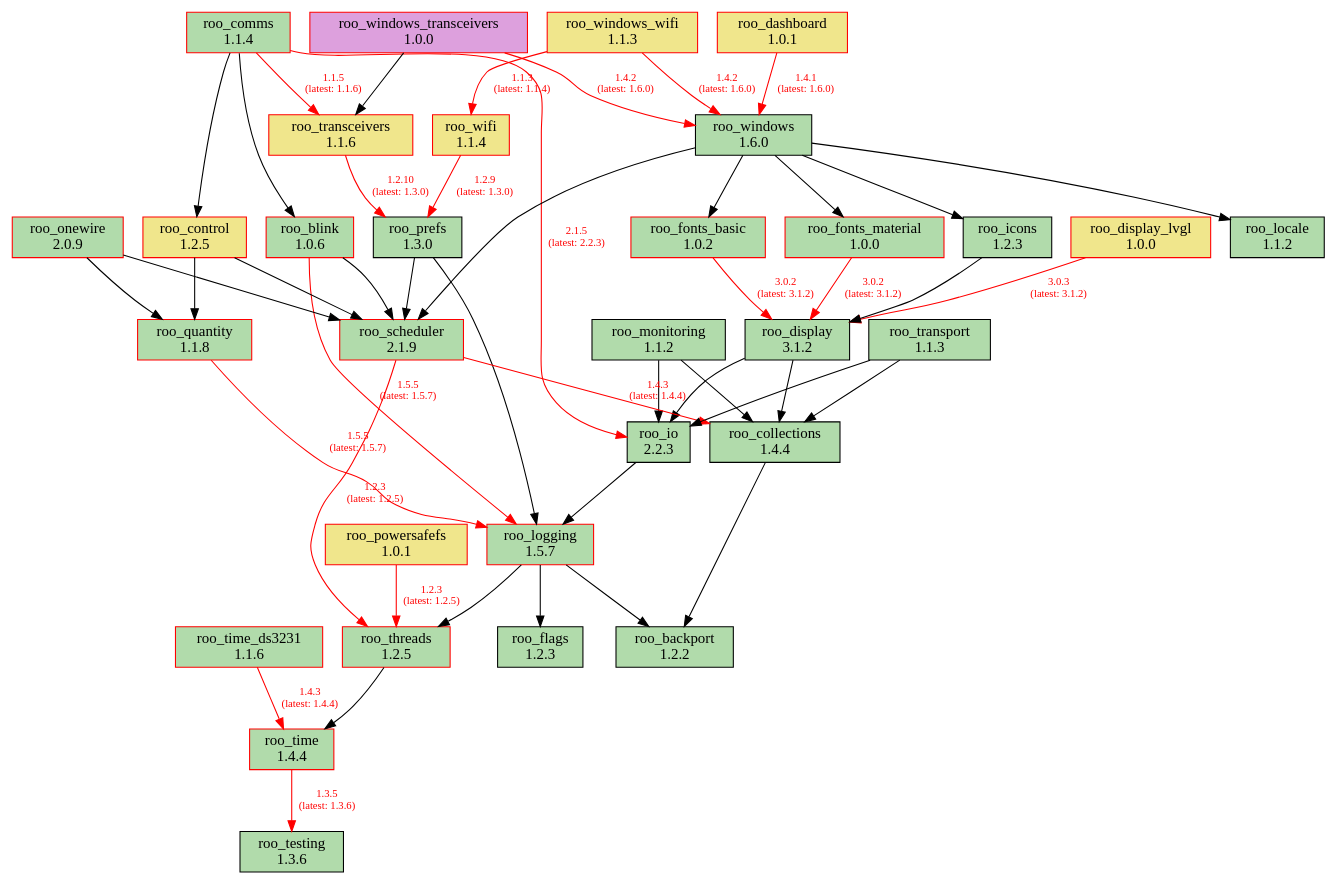
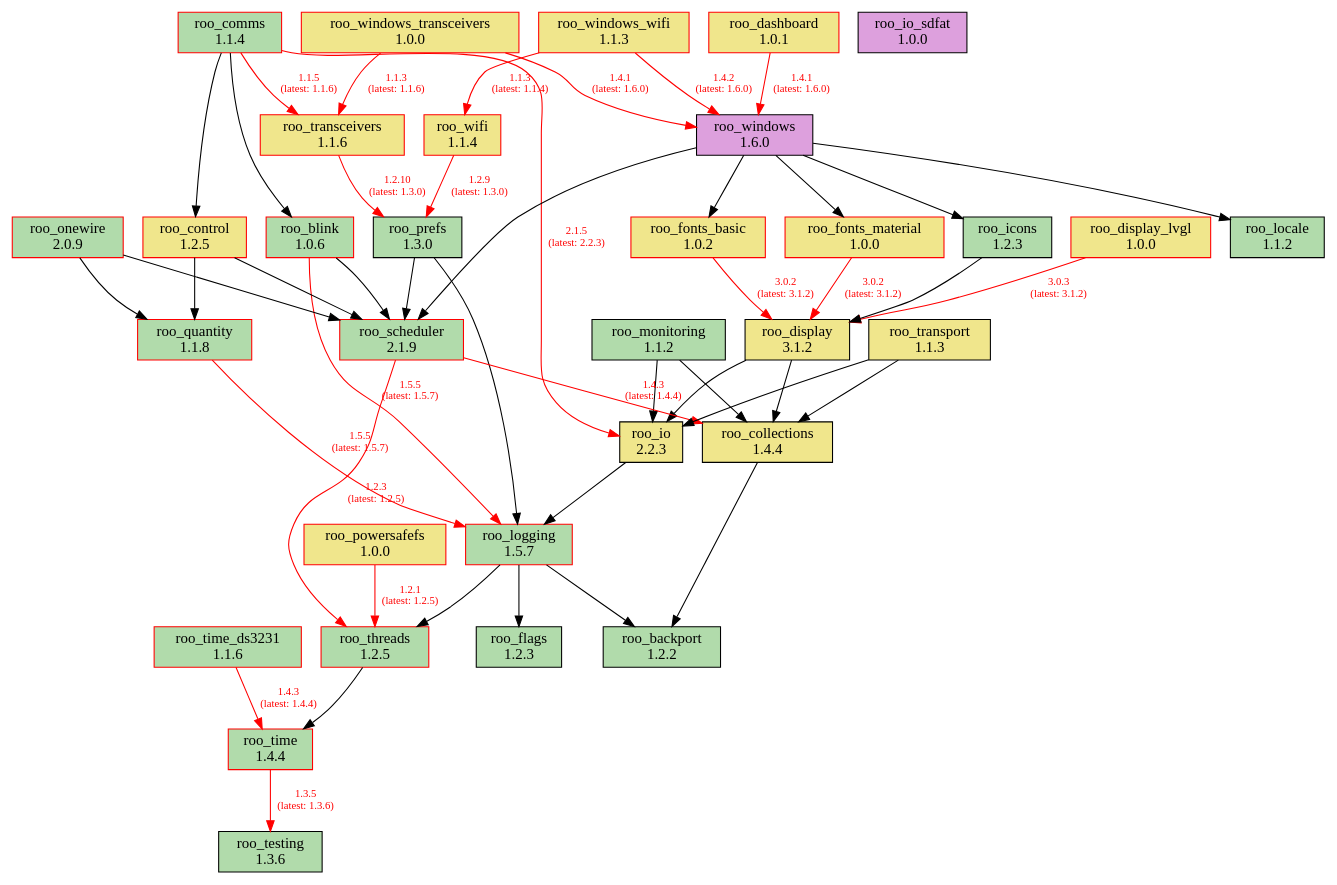
The diagram in doc/dependencies.dot (dejwk/roo-registry), drawn with Graphviz before and after one commit. The commit also changed 1 other file, not shown here.

Commit message:
Updated the dependency graph.

```diff
--- a/doc/dependencies.dot
+++ b/doc/dependencies.dot
@@ -1,86 +1,87 @@
 digraph dependencies {
     rankdir=TB;
     node [shape=box, style=filled];
     edge [fontsize=10];
 
     // Modules
     "roo_backport" [label="roo_backport\n1.2.2", fillcolor="#b1dbab", color="black"];
     "roo_blink" [label="roo_blink\n1.0.6", fillcolor="#b1dbab", color="red"];
-    "roo_collections" [label="roo_collections\n1.4.4", fillcolor="#b1dbab", color="black"];
+    "roo_collections" [label="roo_collections\n1.4.4", fillcolor="khaki", color="black"];
     "roo_comms" [label="roo_comms\n1.1.4", fillcolor="#b1dbab", color="red"];
     "roo_control" [label="roo_control\n1.2.5", fillcolor="khaki", color="red"];
     "roo_dashboard" [label="roo_dashboard\n1.0.1", fillcolor="khaki", color="red"];
-    "roo_display" [label="roo_display\n3.1.2", fillcolor="#b1dbab", color="black"];
+    "roo_display" [label="roo_display\n3.1.2", fillcolor="khaki", color="black"];
     "roo_display_lvgl" [label="roo_display_lvgl\n1.0.0", fillcolor="khaki", color="red"];
     "roo_flags" [label="roo_flags\n1.2.3", fillcolor="#b1dbab", color="black"];
-    "roo_fonts_basic" [label="roo_fonts_basic\n1.0.2", fillcolor="#b1dbab", color="red"];
-    "roo_fonts_material" [label="roo_fonts_material\n1.0.0", fillcolor="#b1dbab", color="red"];
+    "roo_fonts_basic" [label="roo_fonts_basic\n1.0.2", fillcolor="khaki", color="red"];
+    "roo_fonts_material" [label="roo_fonts_material\n1.0.0", fillcolor="khaki", color="red"];
     "roo_icons" [label="roo_icons\n1.2.3", fillcolor="#b1dbab", color="black"];
-    "roo_io" [label="roo_io\n2.2.3", fillcolor="#b1dbab", color="black"];
+    "roo_io" [label="roo_io\n2.2.3", fillcolor="khaki", color="black"];
+    "roo_io_sdfat" [label="roo_io_sdfat\n1.0.0", fillcolor="plum", color="black"];
     "roo_locale" [label="roo_locale\n1.1.2", fillcolor="#b1dbab", color="black"];
     "roo_logging" [label="roo_logging\n1.5.7", fillcolor="#b1dbab", color="red"];
     "roo_monitoring" [label="roo_monitoring\n1.1.2", fillcolor="#b1dbab", color="black"];
     "roo_onewire" [label="roo_onewire\n2.0.9", fillcolor="#b1dbab", color="red"];
-    "roo_powersafefs" [label="roo_powersafefs\n1.0.1", fillcolor="khaki", color="red"];
+    "roo_powersafefs" [label="roo_powersafefs\n1.0.0", fillcolor="khaki", color="red"];
     "roo_prefs" [label="roo_prefs\n1.3.0", fillcolor="#b1dbab", color="black"];
     "roo_quantity" [label="roo_quantity\n1.1.8", fillcolor="#b1dbab", color="red"];
     "roo_scheduler" [label="roo_scheduler\n2.1.9", fillcolor="#b1dbab", color="red"];
     "roo_testing" [label="roo_testing\n1.3.6", fillcolor="#b1dbab", color="black"];
     "roo_threads" [label="roo_threads\n1.2.5", fillcolor="#b1dbab", color="red"];
     "roo_time" [label="roo_time\n1.4.4", fillcolor="#b1dbab", color="red"];
     "roo_time_ds3231" [label="roo_time_ds3231\n1.1.6", fillcolor="#b1dbab", color="red"];
     "roo_transceivers" [label="roo_transceivers\n1.1.6", fillcolor="khaki", color="red"];
-    "roo_transport" [label="roo_transport\n1.1.3", fillcolor="#b1dbab", color="black"];
+    "roo_transport" [label="roo_transport\n1.1.3", fillcolor="khaki", color="black"];
     "roo_wifi" [label="roo_wifi\n1.1.4", fillcolor="khaki", color="red"];
-    "roo_windows" [label="roo_windows\n1.6.0", fillcolor="#b1dbab", color="black"];
-    "roo_windows_transceivers" [label="roo_windows_transceivers\n1.0.0", fillcolor="plum", color="red"];
+    "roo_windows" [label="roo_windows\n1.6.0", fillcolor="plum", color="black"];
+    "roo_windows_transceivers" [label="roo_windows_transceivers\n1.0.0", fillcolor="khaki", color="red"];
     "roo_windows_wifi" [label="roo_windows_wifi\n1.1.3", fillcolor="khaki", color="red"];
 
     // Dependencies
     "roo_blink" -> "roo_logging" [color=red, fontcolor=red, label="1.5.5\n(latest: 1.5.7)"];
     "roo_blink" -> "roo_scheduler";
     "roo_collections" -> "roo_backport";
     "roo_comms" -> "roo_blink";
     "roo_comms" -> "roo_control";
     "roo_comms" -> "roo_io" [color=red, fontcolor=red, label="2.1.5\n(latest: 2.2.3)"];
     "roo_comms" -> "roo_transceivers" [color=red, fontcolor=red, label="1.1.5\n(latest: 1.1.6)"];
     "roo_control" -> "roo_quantity";
     "roo_control" -> "roo_scheduler";
     "roo_dashboard" -> "roo_windows" [color=red, fontcolor=red, label="1.4.1\n(latest: 1.6.0)"];
     "roo_display" -> "roo_collections";
     "roo_display" -> "roo_io";
     "roo_display_lvgl" -> "roo_display" [color=red, fontcolor=red, label="3.0.3\n(latest: 3.1.2)"];
     "roo_fonts_basic" -> "roo_display" [color=red, fontcolor=red, label="3.0.2\n(latest: 3.1.2)"];
     "roo_fonts_material" -> "roo_display" [color=red, fontcolor=red, label="3.0.2\n(latest: 3.1.2)"];
     "roo_icons" -> "roo_display";
     "roo_io" -> "roo_logging";
     "roo_logging" -> "roo_backport";
     "roo_logging" -> "roo_flags";
     "roo_logging" -> "roo_threads";
     "roo_monitoring" -> "roo_collections";
     "roo_monitoring" -> "roo_io";
     "roo_onewire" -> "roo_scheduler";
     "roo_onewire" -> "roo_quantity";
-    "roo_powersafefs" -> "roo_threads" [color=red, fontcolor=red, label="1.2.3\n(latest: 1.2.5)"];
+    "roo_powersafefs" -> "roo_threads" [color=red, fontcolor=red, label="1.2.1\n(latest: 1.2.5)"];
     "roo_prefs" -> "roo_logging";
     "roo_prefs" -> "roo_scheduler";
     "roo_quantity" -> "roo_logging" [color=red, fontcolor=red, label="1.5.5\n(latest: 1.5.7)"];
     "roo_scheduler" -> "roo_collections" [color=red, fontcolor=red, label="1.4.3\n(latest: 1.4.4)"];
     "roo_scheduler" -> "roo_threads" [color=red, fontcolor=red, label="1.2.3\n(latest: 1.2.5)"];
     "roo_threads" -> "roo_time";
     "roo_time" -> "roo_testing" [color=red, fontcolor=red, label="1.3.5\n(latest: 1.3.6)"];
     "roo_time_ds3231" -> "roo_time" [color=red, fontcolor=red, label="1.4.3\n(latest: 1.4.4)"];
     "roo_transceivers" -> "roo_prefs" [color=red, fontcolor=red, label="1.2.10\n(latest: 1.3.0)"];
     "roo_transport" -> "roo_collections";
     "roo_transport" -> "roo_io";
     "roo_wifi" -> "roo_prefs" [color=red, fontcolor=red, label="1.2.9\n(latest: 1.3.0)"];
     "roo_windows" -> "roo_fonts_basic";
     "roo_windows" -> "roo_fonts_material";
     "roo_windows" -> "roo_locale";
     "roo_windows" -> "roo_icons";
     "roo_windows" -> "roo_scheduler";
-    "roo_windows_transceivers" -> "roo_transceivers";
-    "roo_windows_transceivers" -> "roo_windows" [color=red, fontcolor=red, label="1.4.2\n(latest: 1.6.0)"];
+    "roo_windows_transceivers" -> "roo_transceivers" [color=red, fontcolor=red, label="1.1.3\n(latest: 1.1.6)"];
+    "roo_windows_transceivers" -> "roo_windows" [color=red, fontcolor=red, label="1.4.1\n(latest: 1.6.0)"];
     "roo_windows_wifi" -> "roo_wifi" [color=red, fontcolor=red, label="1.1.3\n(latest: 1.1.4)"];
     "roo_windows_wifi" -> "roo_windows" [color=red, fontcolor=red, label="1.4.2\n(latest: 1.6.0)"];
 }
```
